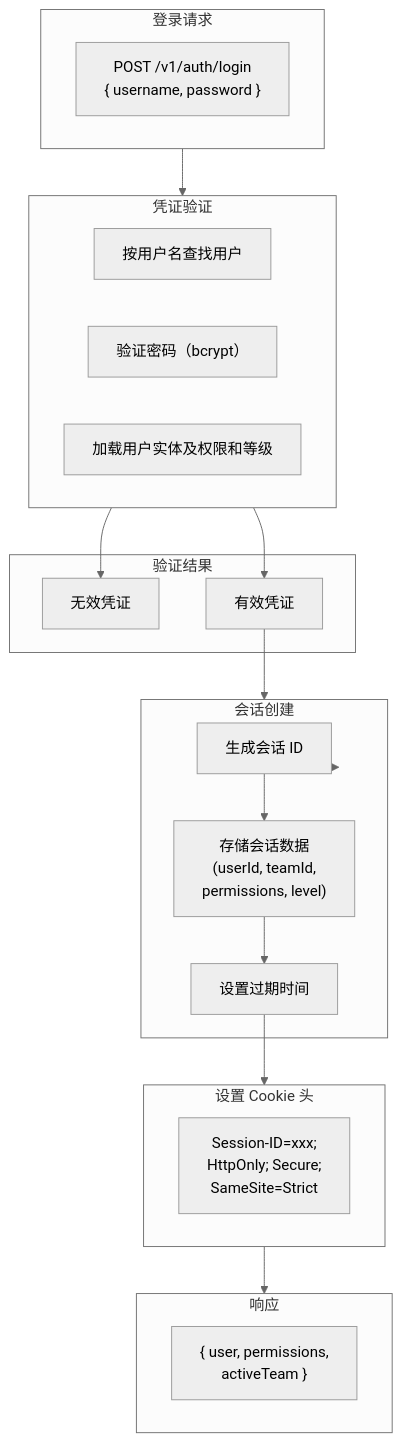
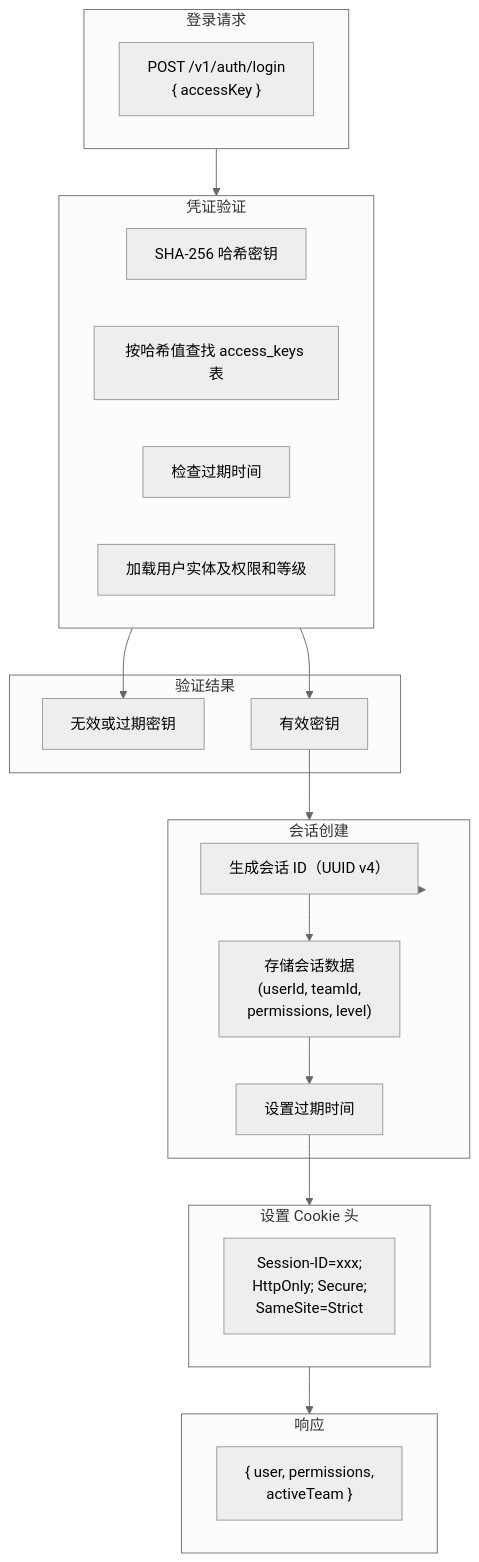
Before and after one commit to pofossette/TrapMap-for-vibing: the eighth of 10 diagrams in docs/architecture/FLOW.md, drawn with Mermaid (neutral theme). The commit also changed 18 other files, not shown here.

````diff
--- a/docs/architecture/FLOW.md
+++ b/docs/architecture/FLOW.md
@@ -402,41 +402,42 @@
 ```mermaid
 flowchart TB
     subgraph 登录请求["登录请求"]
-        PostLogin["POST /v1/auth/login\n{ username, password }"]
+        PostLogin["POST /v1/auth/login\n{ accessKey }"]
     end
-    
+
     subgraph 凭证验证["凭证验证"]
-        FindUser["按用户名查找用户"]
-        VerifyPassword["验证密码（bcrypt）"]
+        HashKey["SHA-256 哈希密钥"]
+        LookupKey["按哈希值查找 access_keys 表"]
+        CheckExpiry["检查过期时间"]
         LoadPermissions["加载用户实体及权限和等级"]
     end
-    
+
     subgraph 验证结果["验证结果"]
-        InvalidCreds["无效凭证"]
-        ValidCreds["有效凭证"]
+        InvalidCreds["无效或过期密钥"]
+        ValidCreds["有效密钥"]
     end
-    
+
     subgraph 会话创建["会话创建"]
-        GenerateSessionId["生成会话 ID"]
+        GenerateSessionId["生成会话 ID（UUID v4）"]
         StoreSessionData["存储会话数据\n(userId, teamId,\npermissions, level)"]
         SetExpiry["设置过期时间"]
     end
     
     subgraph 设置Cookie["设置 Cookie 头"]
         CookieHeader["Session-ID=xxx;\nHttpOnly; Secure;\nSameSite=Strict"]
     end
     
     subgraph 响应["响应"]
         RespBody["{ user, permissions,\nactiveTeam }"]
     end
 
     登录请求 --> 凭证验证
     凭证验证 --> InvalidCreds
     凭证验证 --> ValidCreds
     ValidCreds --> 会话创建
     会话创建 --> GenerateSessionId
     GenerateSessionId --> StoreSessionData
     StoreSessionData --> SetExpiry
     SetExpiry --> 设置Cookie
     设置Cookie --> 响应
 ```
````
